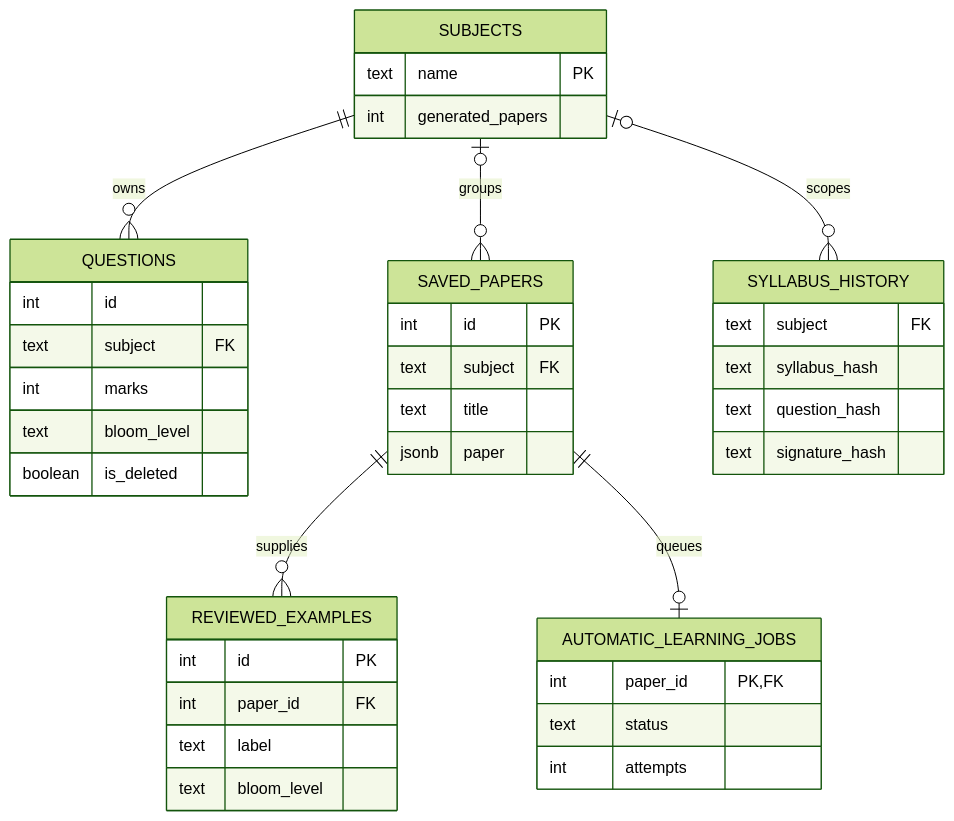
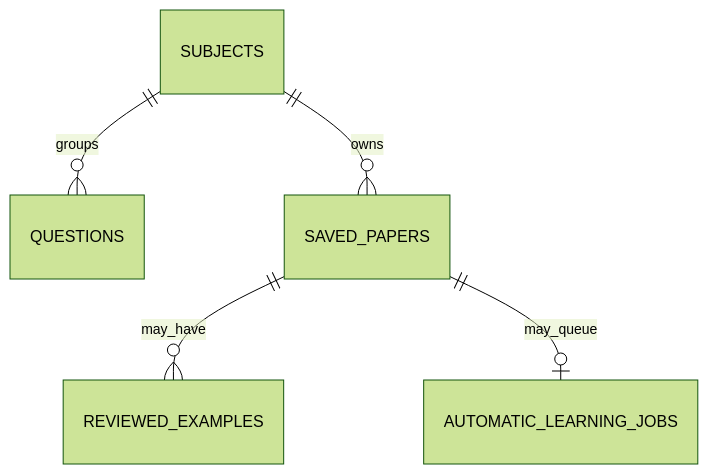
Before and after one commit to irfanshafi21/mini-project: the ninth of 9 diagrams in README.md, drawn with Mermaid (forest theme). The commit also changed other lines of this file, not shown here.

````diff
--- a/README.md
+++ b/README.md
@@ -536,42 +245,7 @@
-```mermaid
+~~~mermaid
 erDiagram
-  SUBJECTS ||--o{ QUESTIONS : owns
-  SUBJECTS o|--o{ SAVED_PAPERS : groups
-  SUBJECTS o|--o{ SYLLABUS_HISTORY : scopes
-  SAVED_PAPERS ||--o{ REVIEWED_EXAMPLES : supplies
-  SAVED_PAPERS ||--o| AUTOMATIC_LEARNING_JOBS : queues
-  SUBJECTS {
-    text name PK
-    int generated_papers
-  }
-  QUESTIONS {
-    int id
-    text subject FK
-    int marks
-    text bloom_level
-    boolean is_deleted
-  }
-  SAVED_PAPERS {
-    int id PK
-    text subject FK
-    text title
-    jsonb paper
-  }
-  REVIEWED_EXAMPLES {
-    int id PK
-    int paper_id FK
-    text label
-    text bloom_level
-  }
-  SYLLABUS_HISTORY {
-    text subject FK
-    text syllabus_hash
-    text question_hash
-    text signature_hash
-  }
-  AUTOMATIC_LEARNING_JOBS {
-    int paper_id PK, FK
-    text status
-    int attempts
-  }
-```
+  SUBJECTS ||--o{ QUESTIONS : groups
+  SUBJECTS ||--o{ SAVED_PAPERS : owns
+  SAVED_PAPERS ||--o{ REVIEWED_EXAMPLES : may_have
+  SAVED_PAPERS ||--o| AUTOMATIC_LEARNING_JOBS : may_queue
+~~~
````
